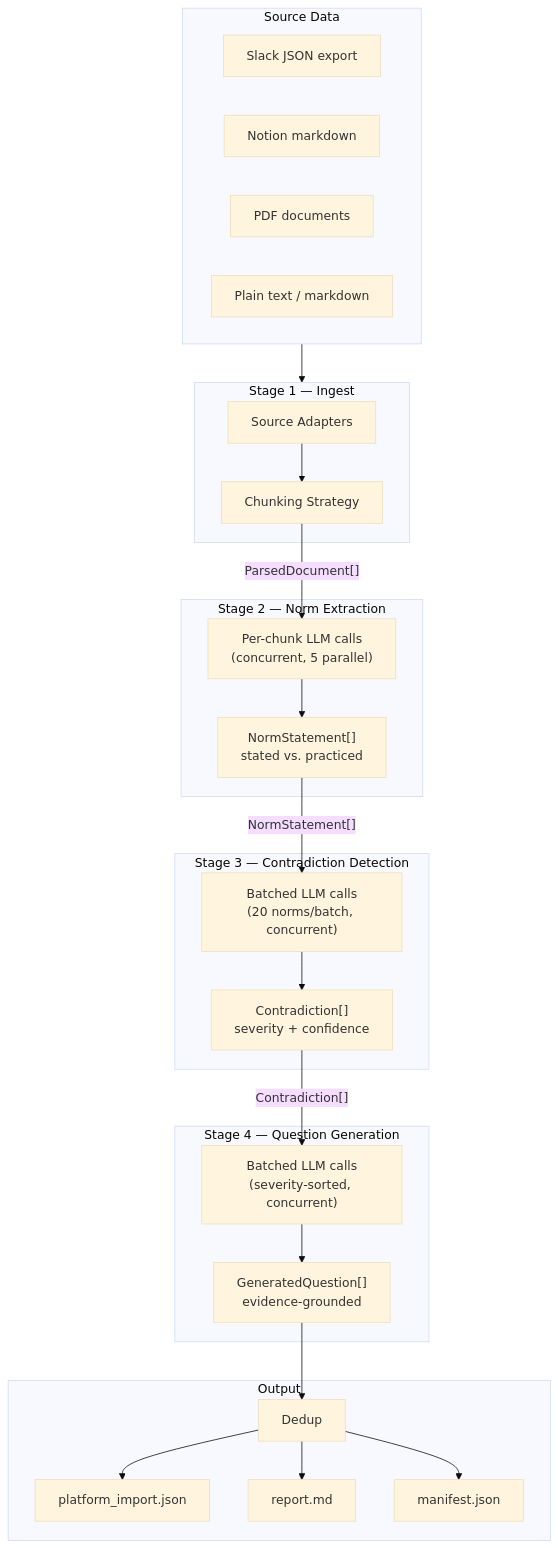
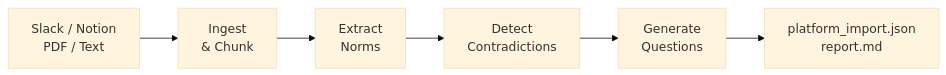
The diagram in pipeline/README.md (keytech42/tacit-knowledge-elicitation), drawn with Mermaid (base theme) before and after one commit. The commit also changed other lines of this file and 2 other files, not shown here.

````diff
--- a/pipeline/README.md
+++ b/pipeline/README.md
@@ -23,47 +23,8 @@
 ```mermaid
-flowchart TD
-    subgraph sources["Source Data"]
-        S1[Slack JSON export]
-        S2[Notion markdown]
-        S3[PDF documents]
-        S4[Plain text / markdown]
-    end
-
-    subgraph stage1["Stage 1 — Ingest"]
-        A1[Source Adapters] --> A2[Chunking Strategy]
-    end
-
-    subgraph stage2["Stage 2 — Norm Extraction"]
-        B1["Per-chunk LLM calls<br/>(concurrent, 5 parallel)"]
-        B2["NormStatement[]<br/>stated vs. practiced"]
-    end
-
-    subgraph stage3["Stage 3 — Contradiction Detection"]
-        C1["Batched LLM calls<br/>(20 norms/batch, concurrent)"]
-        C2["Contradiction[]<br/>severity + confidence"]
-    end
-
-    subgraph stage4["Stage 4 — Question Generation"]
-        D1["Batched LLM calls<br/>(severity-sorted, concurrent)"]
-        D2["GeneratedQuestion[]<br/>evidence-grounded"]
-    end
-
-    subgraph output["Output"]
-        E1[Dedup]
-        E2[platform_import.json]
-        E3[report.md]
-        E4[manifest.json]
-    end
-
-    sources --> stage1
-    A2 -->|"ParsedDocument[]"| B1
-    B1 --> B2
-    B2 -->|"NormStatement[]"| C1
-    C1 --> C2
-    C2 -->|"Contradiction[]"| D1
-    D1 --> D2
-    D2 --> E1
-    E1 --> E2
-    E1 --> E3
-    E1 --> E4
+flowchart LR
+    Sources["Slack / Notion<br/>PDF / Text"] --> S1["Ingest<br/>& Chunk"]
+    S1 --> S2["Extract<br/>Norms"]
+    S2 --> S3["Detect<br/>Contradictions"]
+    S3 --> S4["Generate<br/>Questions"]
+    S4 --> Out["platform_import.json<br/>report.md"]
 ```
````
